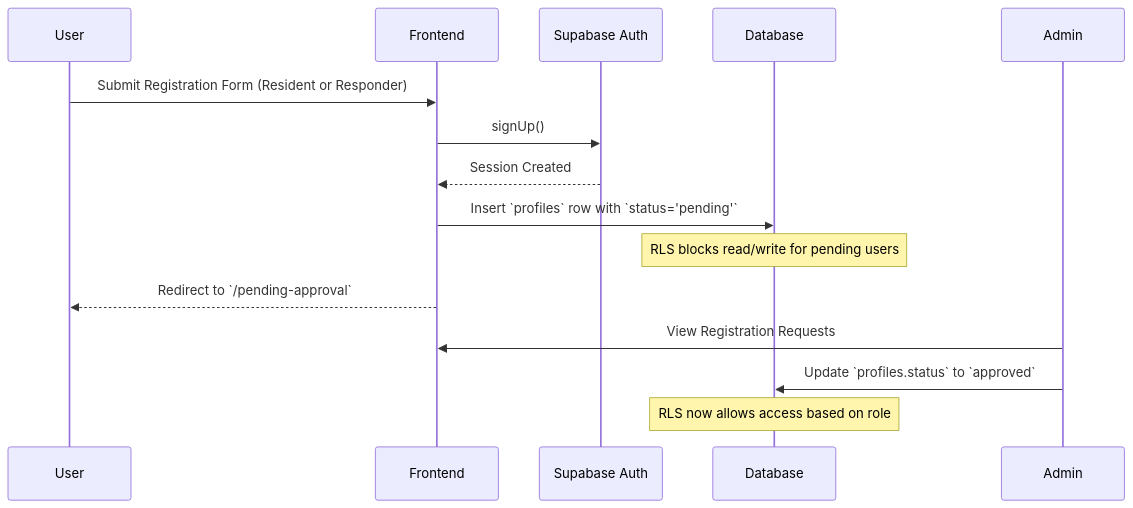
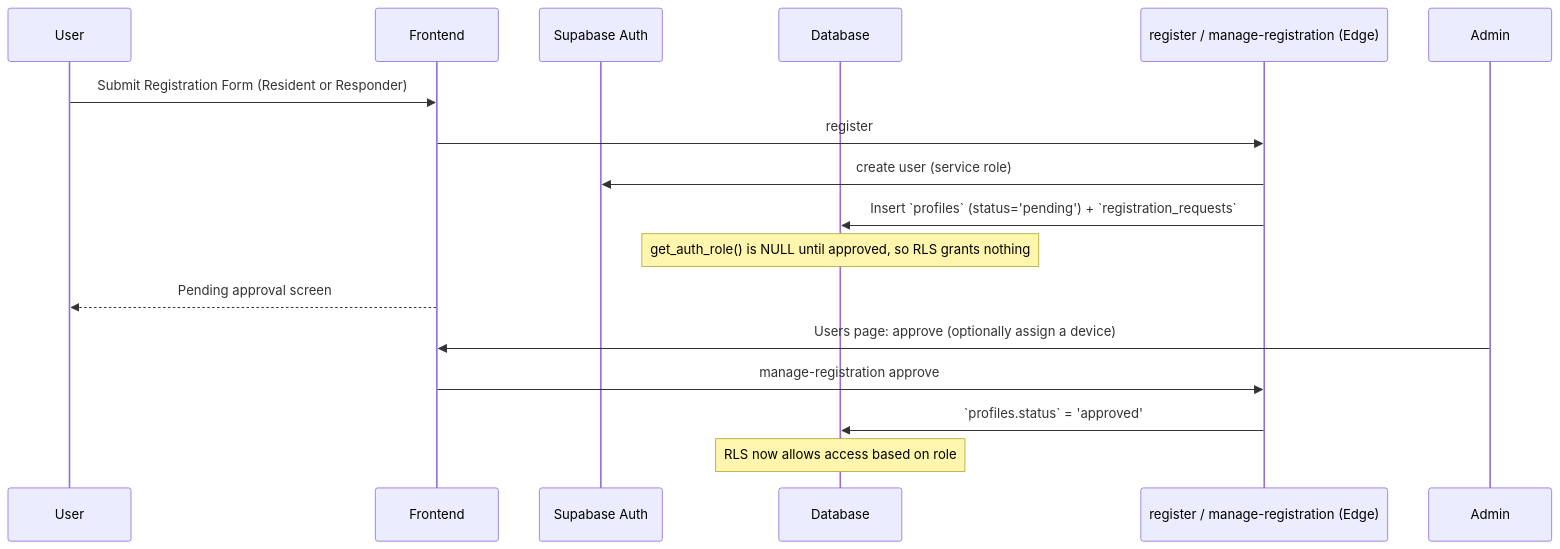
Before and after one commit to pionamontano/iot-fire-detection: the second of 4 diagrams in docs/AGAPSENSE_SYSTEM_SPECIFICATION.md, drawn with Mermaid. The commit also changed other lines of this file and 12 other files, not shown here.

````diff
--- a/docs/AGAPSENSE_SYSTEM_SPECIFICATION.md
+++ b/docs/AGAPSENSE_SYSTEM_SPECIFICATION.md
@@ -88,18 +88,21 @@
 ```mermaid
 sequenceDiagram
     participant User
     participant Frontend
     participant Supabase Auth
     participant Database
 
+    participant Edge as register / manage-registration (Edge)
+
     User->>Frontend: Submit Registration Form (Resident or Responder)
-    Frontend->>Supabase Auth: signUp()
-    Supabase Auth-->>Frontend: Session Created
-    Frontend->>Database: Insert `profiles` row with `status='pending'`
-    Note over Database: RLS blocks read/write for pending users
-    Frontend-->>User: Redirect to `/pending-approval`
+    Frontend->>Edge: register
+    Edge->>Supabase Auth: create user (service role)
+    Edge->>Database: Insert `profiles` (status='pending') + `registration_requests`
+    Note over Database: get_auth_role() is NULL until approved, so RLS grants nothing
+    Frontend-->>User: Pending approval screen
 
-    Admin->>Frontend: View Registration Requests
-    Admin->>Database: Update `profiles.status` to `approved`
+    Admin->>Frontend: Users page: approve (optionally assign a device)
+    Frontend->>Edge: manage-registration approve
+    Edge->>Database: `profiles.status` = 'approved'
     Note over Database: RLS now allows access based on role
 ```
````
